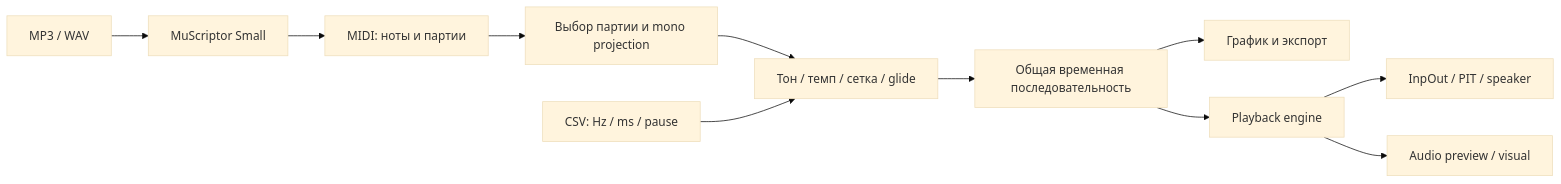
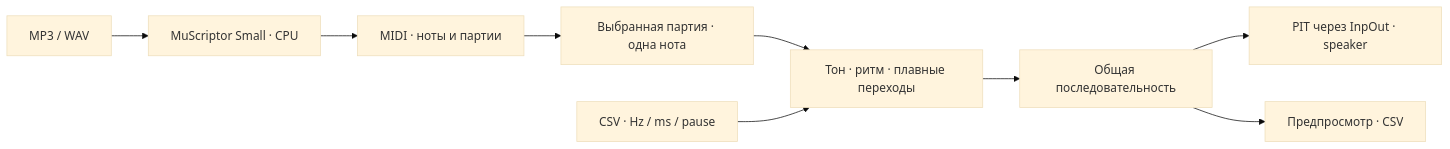
The diagram in README.md (esinkirill/speaker-studio), drawn with Mermaid (base theme) before and after one commit. The commit also changed other lines of this file and 13 other files, not shown here.

````diff
--- a/README.md
+++ b/README.md
@@ -68,13 +44,11 @@
 ```mermaid
 flowchart LR
-    A[MP3 / WAV] --> B[MuScriptor Small]
-    B --> C[MIDI: ноты и партии]
-    C --> D[Выбор партии и mono projection]
-    D --> E[Тон / темп / сетка / glide]
-    F[CSV: Hz / ms / pause] --> E
-    E --> G[Общая временная последовательность]
-    G --> H[График и экспорт]
-    G --> I[Playback engine]
-    I --> J[InpOut / PIT / speaker]
-    I --> K[Audio preview / visual]
+    A[MP3 / WAV] --> B[MuScriptor Small · CPU]
+    B --> C[MIDI · ноты и партии]
+    C --> D[Выбранная партия · одна нота]
+    D --> E[Тон · ритм · плавные переходы]
+    F[CSV · Hz / ms / pause] --> E
+    E --> G[Общая последовательность]
+    G --> H[PIT через InpOut · speaker]
+    G --> I[Предпросмотр · CSV]
 ```
````
